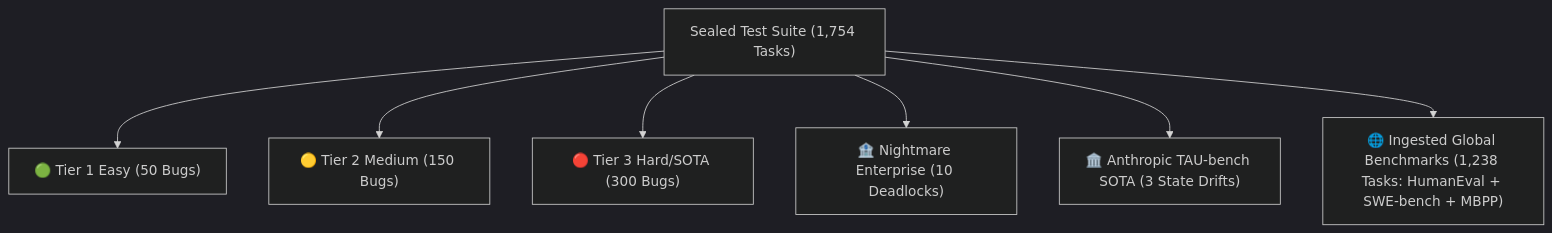
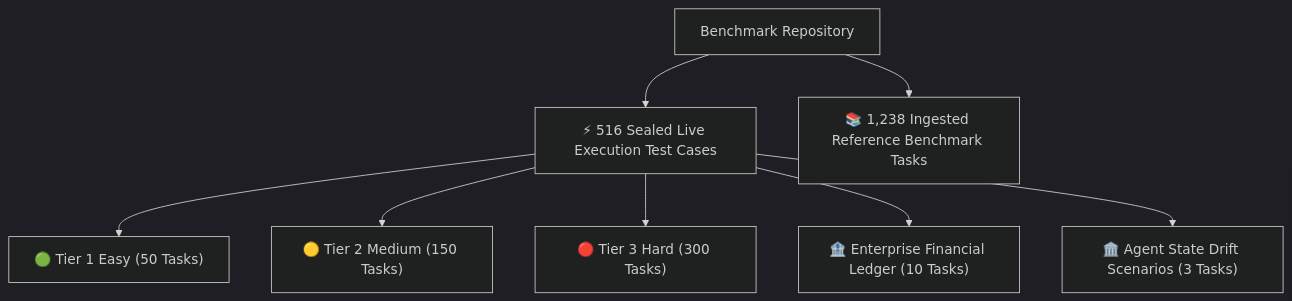
Before and after one commit to taurus42119-stack/godkiller-mcp: the second of 2 diagrams in README.md, drawn with Mermaid (dark theme). The commit also changed other lines of this file, not shown here.

Commit message:
docs: Refine benchmark wording to distinguish 516 sealed live execution tasks from 1,238 reference tasks to eliminate overclaims

````diff
--- a/README.md
+++ b/README.md
@@ -84,9 +84,10 @@
 ```mermaid
 graph TD
-    A["Sealed Test Suite (1,754 Tasks)"] --> B["🟢 Tier 1 Easy (50 Bugs)"]
-    A --> C["🟡 Tier 2 Medium (150 Bugs)"]
-    A --> D["🔴 Tier 3 Hard/SOTA (300 Bugs)"]
-    A --> E["🏦 Nightmare Enterprise (10 Deadlocks)"]
-    A --> F["🏛️ Anthropic TAU-bench SOTA (3 State Drifts)"]
-    A --> G["🌐 Ingested Global Benchmarks (1,238 Tasks: HumanEval + SWE-bench + MBPP)"]
+    A["Benchmark Repository"] --> B["⚡ 516 Sealed Live Execution Test Cases"]
+    A --> C["📚 1,238 Ingested Reference Benchmark Tasks"]
+    B --> D["🟢 Tier 1 Easy (50 Tasks)"]
+    B --> E["🟡 Tier 2 Medium (150 Tasks)"]
+    B --> F["🔴 Tier 3 Hard (300 Tasks)"]
+    B --> G["🏦 Enterprise Financial Ledger (10 Tasks)"]
+    B --> H["🏛️ Agent State Drift Scenarios (3 Tasks)"]
 ```
````
